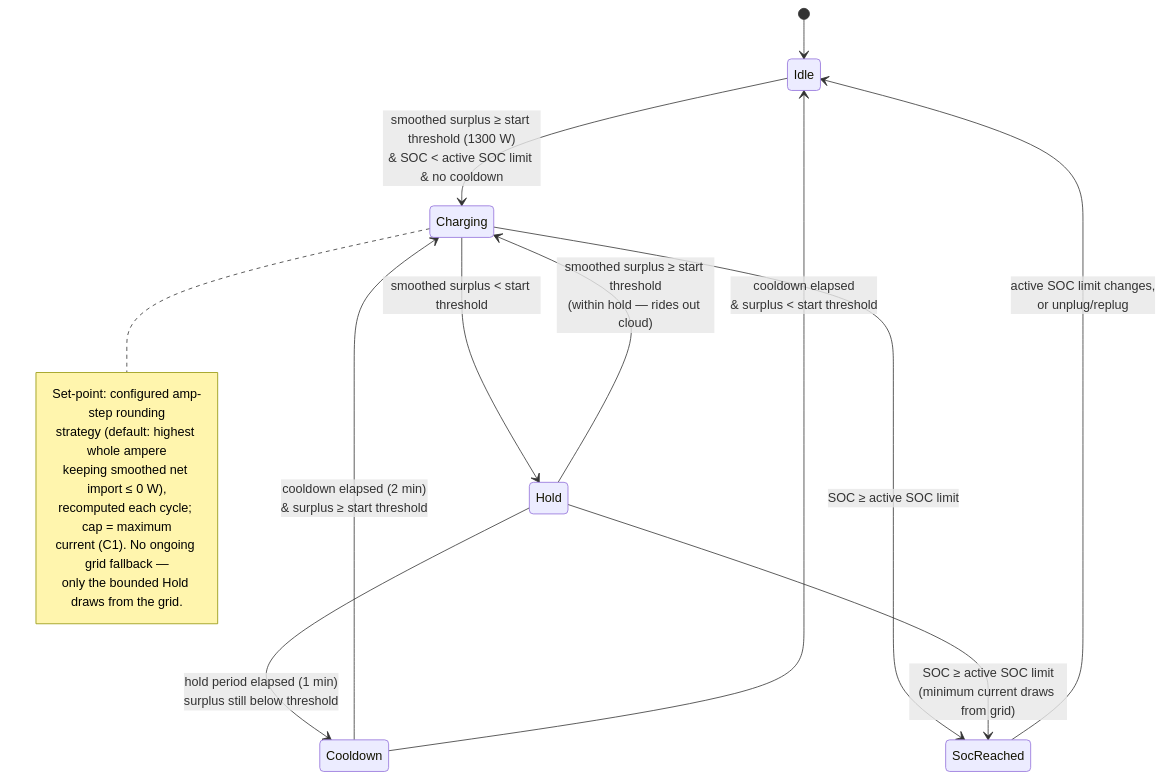
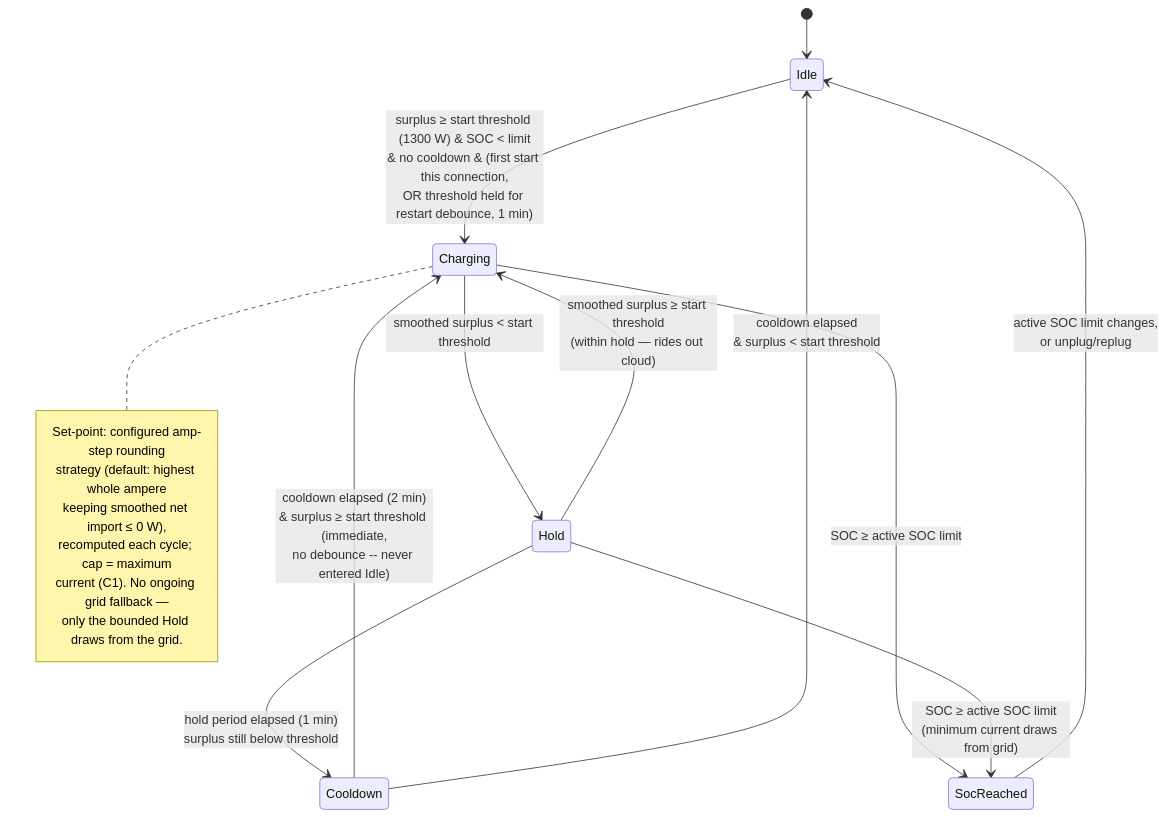
Before and after one commit to kristofdegrave/homeassistant-smart-charging: the diagram in docs/analysis/use-cases/UC02-charge-from-solar-only.md, drawn with Mermaid. The commit also changed other lines of this file and 8 other files, not shown here.

````diff
--- a/docs/analysis/use-cases/UC02-charge-from-solar-only.md
+++ b/docs/analysis/use-cases/UC02-charge-from-solar-only.md
@@ -117,21 +137,21 @@
 ```mermaid
 stateDiagram-v2
     [*] --> Idle
-    Idle --> Charging: smoothed surplus ≥ start threshold (1300 W)<br/>& SOC < active SOC limit & no cooldown
+    Idle --> Charging: surplus ≥ start threshold (1300 W) & SOC < limit<br/>& no cooldown & (first start this connection,<br/>OR threshold held for restart debounce, 1 min)
     Charging --> Hold: smoothed surplus < start threshold
     Hold --> Charging: smoothed surplus ≥ start threshold<br/>(within hold — rides out cloud)
     Hold --> Cooldown: hold period elapsed (1 min)<br/>surplus still below threshold
     Charging --> SocReached: SOC ≥ active SOC limit
     Hold --> SocReached: SOC ≥ active SOC limit<br/>(minimum current draws from grid)
-    Cooldown --> Charging: cooldown elapsed (2 min)<br/>& surplus ≥ start threshold
+    Cooldown --> Charging: cooldown elapsed (2 min)<br/>& surplus ≥ start threshold (immediate,<br/>no debounce -- never entered Idle)
     Cooldown --> Idle: cooldown elapsed<br/>& surplus < start threshold
     SocReached --> Idle: active SOC limit changes,<br/>or unplug/replug
     note right of Charging
         Set-point: configured amp-step rounding
         strategy (default: highest whole ampere
         keeping smoothed net import ≤ 0 W),
         recomputed each cycle; cap = maximum
         current (C1). No ongoing grid fallback —
         only the bounded Hold draws from the grid.
     end note
 ```
````
